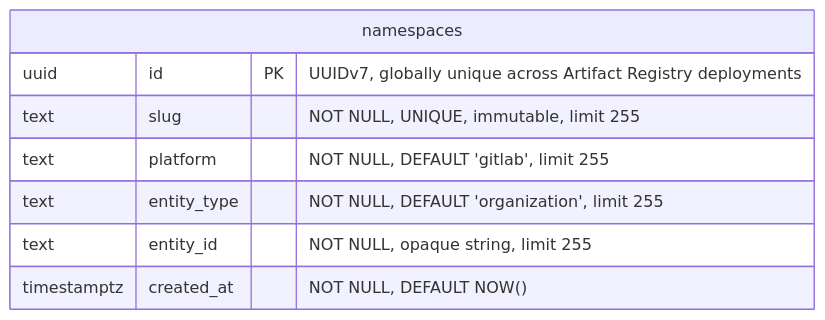
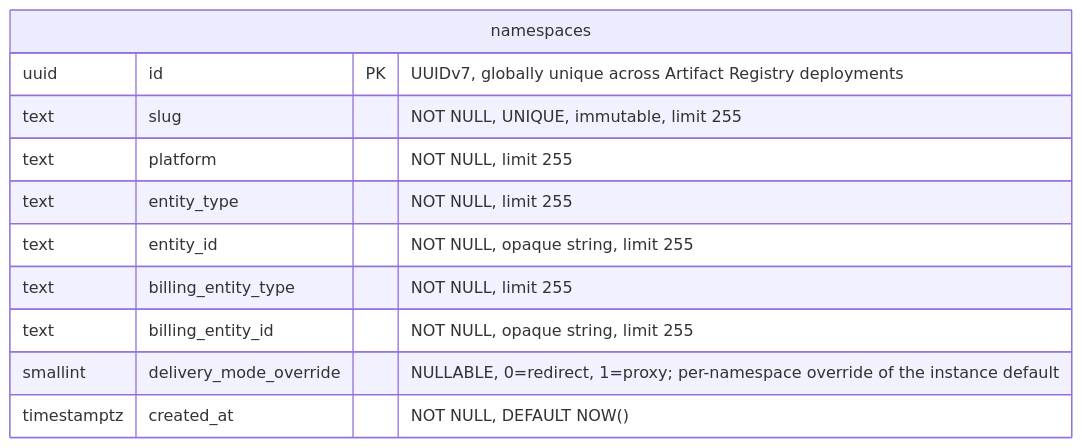
Before and after one commit to kyama0/gitlab-handbook-ja: the first of 19 diagrams in content/handbook/engineering/architecture/design-documents/artifact_registry/decisions/007_database_schema.md, drawn with Mermaid. The commit also changed other lines of this file and 7 other files, not shown here.

````diff
--- a/content/handbook/engineering/architecture/design-documents/artifact_registry/decisions/007_database_schema.md
+++ b/content/handbook/engineering/architecture/design-documents/artifact_registry/decisions/007_database_schema.md
@@ -51,11 +51,14 @@
 ```mermaid
 erDiagram
     namespaces {
         uuid id PK "UUIDv7, globally unique across Artifact Registry deployments"
         text slug "NOT NULL, UNIQUE, immutable, limit 255"
-        text platform "NOT NULL, DEFAULT 'gitlab', limit 255"
-        text entity_type "NOT NULL, DEFAULT 'organization', limit 255"
+        text platform "NOT NULL, limit 255"
+        text entity_type "NOT NULL, limit 255"
         text entity_id "NOT NULL, opaque string, limit 255"
+        text billing_entity_type "NOT NULL, limit 255"
+        text billing_entity_id "NOT NULL, opaque string, limit 255"
+        smallint delivery_mode_override "NULLABLE, 0=redirect, 1=proxy; per-namespace override of the instance default"
         timestamptz created_at "NOT NULL, DEFAULT NOW()"
     }
 ```
````
